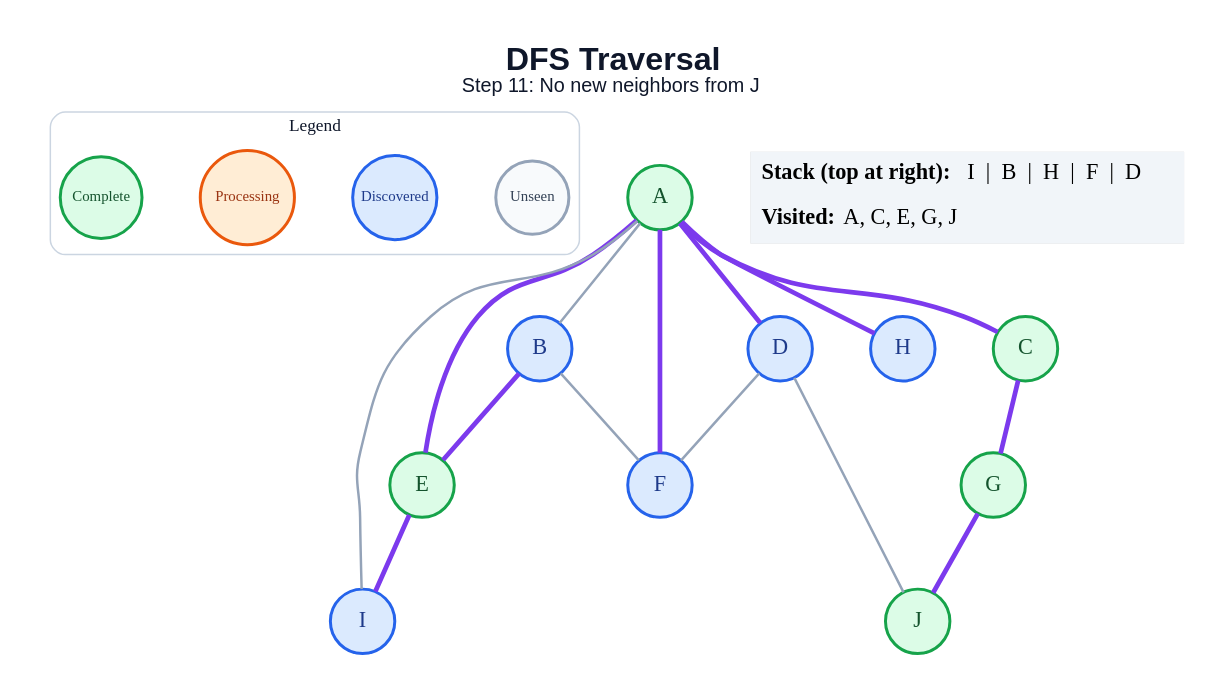
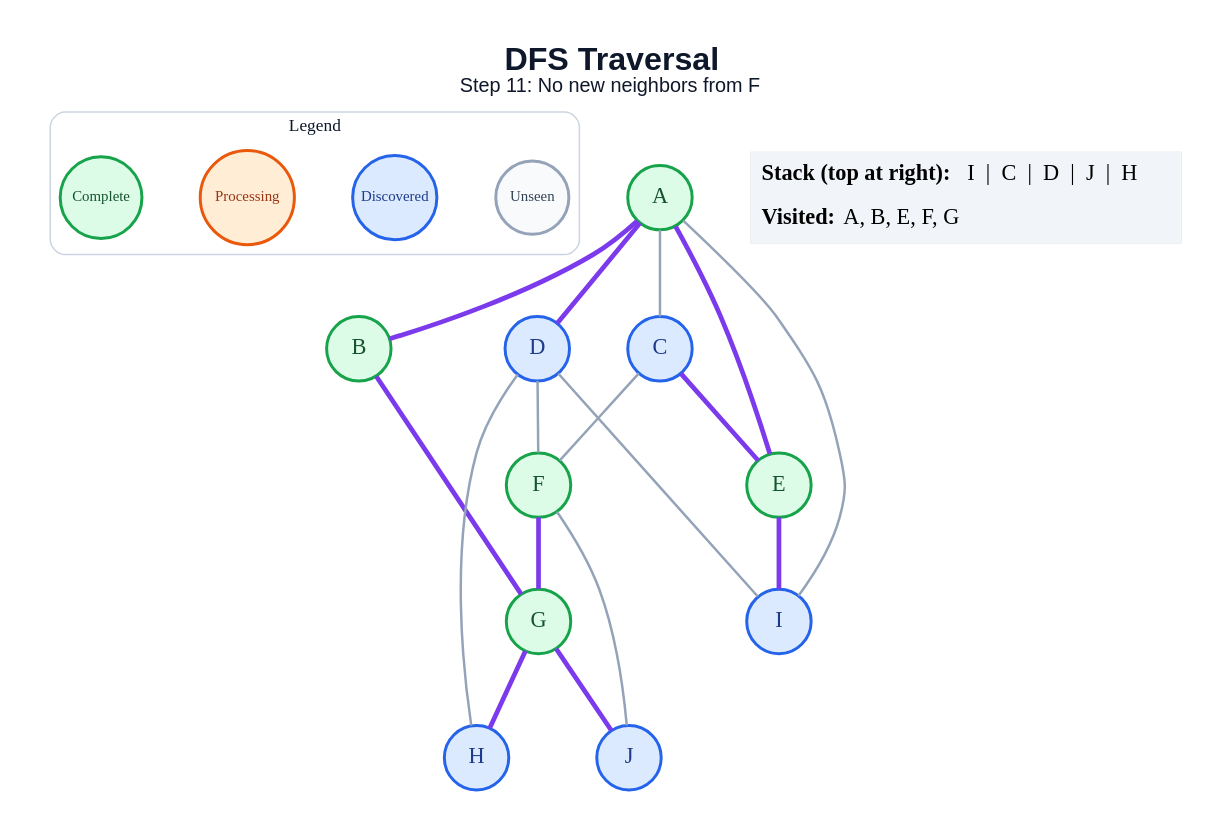
One commit to amanghodawala9/ai-slop changed the diagram in generated/specific-node/dfs/step_11.dot. Above: the diagram before and after it, drawn with Graphviz. The commit also changed 178 other files, not shown here.

```diff
--- a/generated/specific-node/dfs/step_11.dot
+++ b/generated/specific-node/dfs/step_11.dot
@@ -1,43 +1,45 @@
 graph traversal {
   graph [layout=dot, rankdir=TB, bgcolor="#FFFFFF", pad="0.35", nodesep="0.65", ranksep="0.8", fontname="Arial"];
   node [shape=circle, style="filled", fontname="Arial Bold", fontsize=18, width=0.72, fixedsize=true, penwidth=2.4];
   edge [color="#94A3B8", penwidth=2.0];
-  label=<<B>DFS Traversal</B><BR/><FONT POINT-SIZE="16">Step 11: No new neighbors from J</FONT>>; labelloc="t"; fontsize=26; fontname="Arial"; fontcolor="#0F172A";
+  label=<<B>DFS Traversal</B><BR/><FONT POINT-SIZE="16">Step 11: No new neighbors from F</FONT>>; labelloc="t"; fontsize=26; fontname="Arial"; fontcolor="#0F172A";
   subgraph cluster_legend { label="Legend"; color="#CBD5E1"; penwidth=1.2; style="rounded"; fontsize=14; fontname="Arial Bold";
     key_unseen [label="Unseen", fillcolor="#F8FAFC", color="#94A3B8", fontcolor="#334155", fontsize=12, width=0.82];
     key_frontier [label="Discovered", fillcolor="#DBEAFE", color="#2563EB", fontcolor="#1E3A8A", fontsize=12, width=0.95];
     key_current [label="Processing", fillcolor="#FFEDD5", color="#EA580C", fontcolor="#9A3412", fontsize=12, width=1.05];
     key_done [label="Complete", fillcolor="#DCFCE7", color="#16A34A", fontcolor="#14532D", fontsize=12, width=0.92];
     { rank=same; key_unseen; key_frontier; key_current; key_done; }
   }
   A [fillcolor="#DCFCE7", color="#16A34A", fontcolor="#14532D"];
-  B [fillcolor="#DBEAFE", color="#2563EB", fontcolor="#1E3A8A"];
-  C [fillcolor="#DCFCE7", color="#16A34A", fontcolor="#14532D"];
+  B [fillcolor="#DCFCE7", color="#16A34A", fontcolor="#14532D"];
+  C [fillcolor="#DBEAFE", color="#2563EB", fontcolor="#1E3A8A"];
   D [fillcolor="#DBEAFE", color="#2563EB", fontcolor="#1E3A8A"];
   E [fillcolor="#DCFCE7", color="#16A34A", fontcolor="#14532D"];
-  F [fillcolor="#DBEAFE", color="#2563EB", fontcolor="#1E3A8A"];
+  F [fillcolor="#DCFCE7", color="#16A34A", fontcolor="#14532D"];
   G [fillcolor="#DCFCE7", color="#16A34A", fontcolor="#14532D"];
   H [fillcolor="#DBEAFE", color="#2563EB", fontcolor="#1E3A8A"];
   I [fillcolor="#DBEAFE", color="#2563EB", fontcolor="#1E3A8A"];
-  J [fillcolor="#DCFCE7", color="#16A34A", fontcolor="#14532D"];
-  A -- B;
-  A -- C [color="#7C3AED", penwidth=3.8];
+  J [fillcolor="#DBEAFE", color="#2563EB", fontcolor="#1E3A8A"];
+  A -- B [color="#7C3AED", penwidth=3.8];
+  A -- C;
   A -- D [color="#7C3AED", penwidth=3.8];
   A -- E [color="#7C3AED", penwidth=3.8];
-  A -- F [color="#7C3AED", penwidth=3.8];
-  A -- H [color="#7C3AED", penwidth=3.8];
   A -- I;
-  B -- E [color="#7C3AED", penwidth=3.8];
-  B -- F;
-  C -- G [color="#7C3AED", penwidth=3.8];
+  B -- G [color="#7C3AED", penwidth=3.8];
+  C -- E [color="#7C3AED", penwidth=3.8];
+  C -- F;
   D -- F;
-  D -- J;
+  D -- H;
+  D -- I;
   E -- I [color="#7C3AED", penwidth=3.8];
+  F -- G [color="#7C3AED", penwidth=3.8];
+  F -- J;
+  G -- H [color="#7C3AED", penwidth=3.8];
   G -- J [color="#7C3AED", penwidth=3.8];
   status [shape=plain, fixedsize=false, width=0, height=0, margin=0, label=<
     <TABLE BORDER="0" CELLBORDER="0" CELLPADDING="7" BGCOLOR="#F1F5F9">
-      <TR><TD ALIGN="LEFT"><B>Stack (top at right):</B> I  |  B  |  H  |  F  |  D</TD></TR>
-      <TR><TD ALIGN="LEFT"><B>Visited:</B> A, C, E, G, J</TD></TR>
+      <TR><TD ALIGN="LEFT"><B>Stack (top at right):</B> I  |  C  |  D  |  J  |  H</TD></TR>
+      <TR><TD ALIGN="LEFT"><B>Visited:</B> A, B, E, F, G</TD></TR>
     </TABLE>
   >];
 }
```
